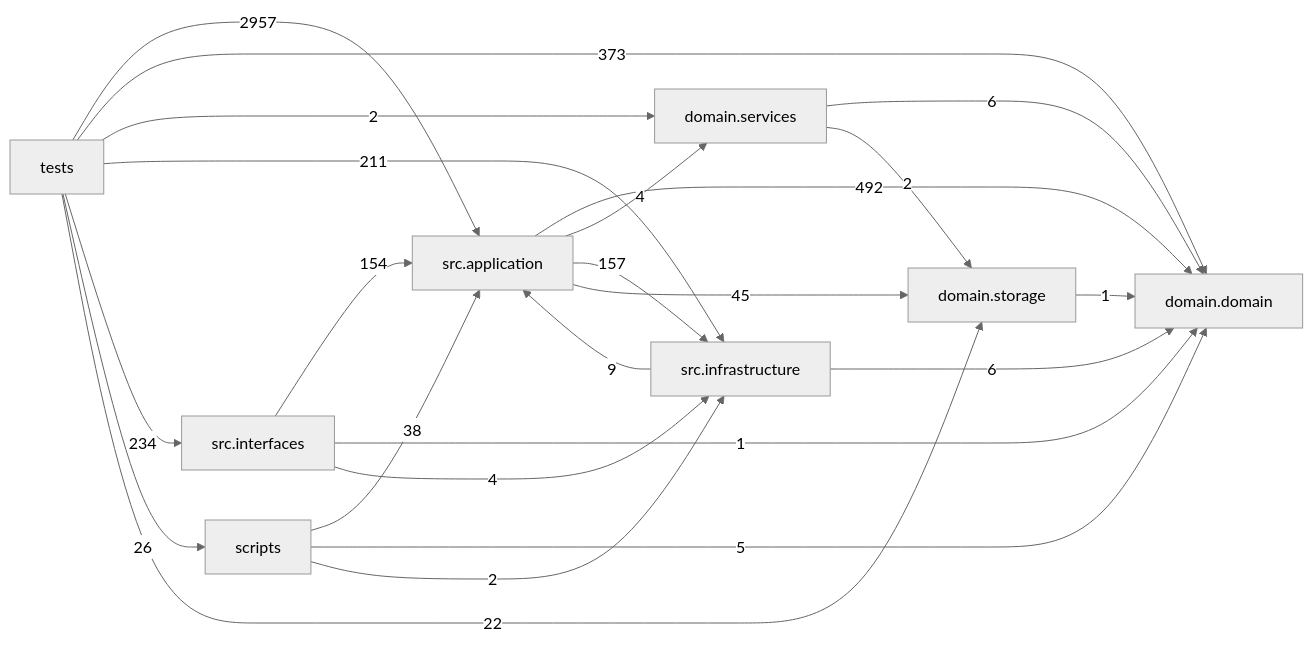
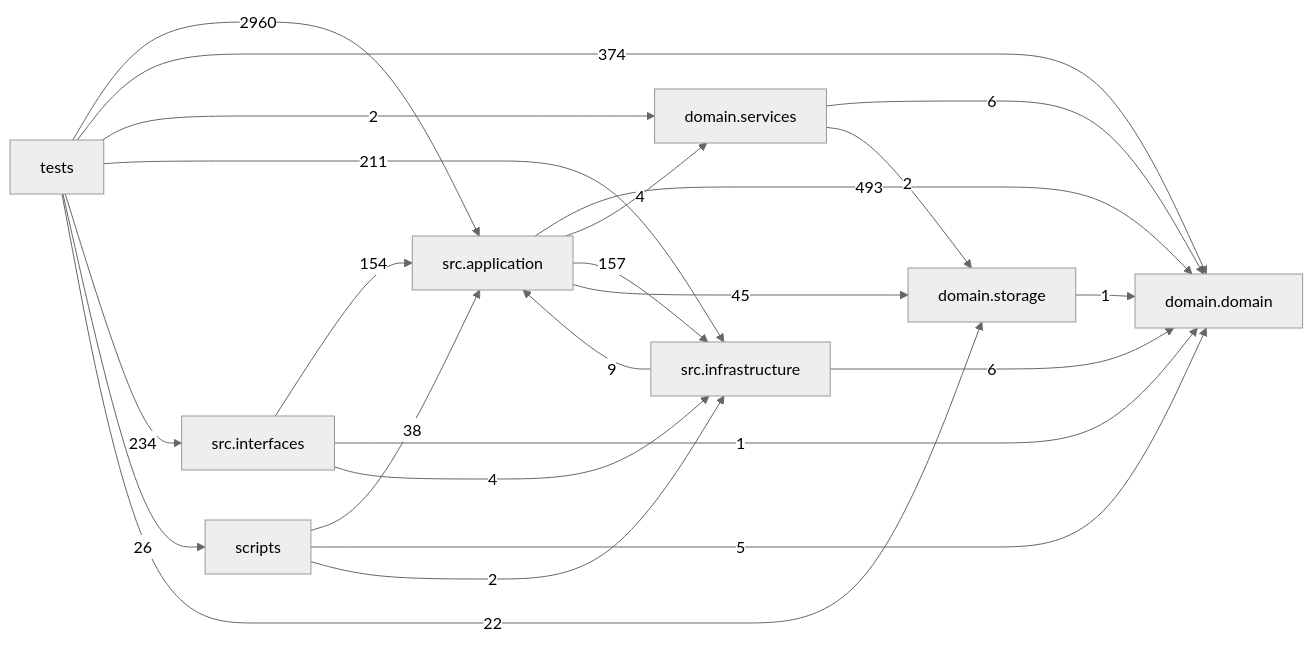
The diagram in docs/DEPENDENCY_GRAPH.md (liuxie066/options-monitor), drawn with Mermaid (neutral theme) before and after one commit. The commit also changed other lines of this file and 5 other files, not shown here.

````diff
--- a/docs/DEPENDENCY_GRAPH.md
+++ b/docs/DEPENDENCY_GRAPH.md
@@ -24,33 +24,33 @@
 ```mermaid
 flowchart LR
   tests["tests"]
   scripts["scripts"]
   interfaces["src.interfaces"]
   application["src.application"]
   infrastructure["src.infrastructure"]
   domain_services["domain.services"]
   domain["domain.domain"]
   storage["domain.storage"]
-  application -->|492| domain
+  application -->|493| domain
   application -->|4| domain_services
   application -->|157| infrastructure
   application -->|45| storage
   domain_services -->|6| domain
   domain_services -->|2| storage
   infrastructure -->|9| application
   infrastructure -->|6| domain
   interfaces -->|154| application
   interfaces -->|1| domain
   interfaces -->|4| infrastructure
   scripts -->|38| application
   scripts -->|5| domain
   scripts -->|2| infrastructure
   storage -->|1| domain
-  tests -->|2957| application
-  tests -->|373| domain
+  tests -->|2960| application
+  tests -->|374| domain
   tests -->|2| domain_services
   tests -->|211| infrastructure
   tests -->|234| interfaces
   tests -->|26| scripts
   tests -->|22| storage
 ```
````
